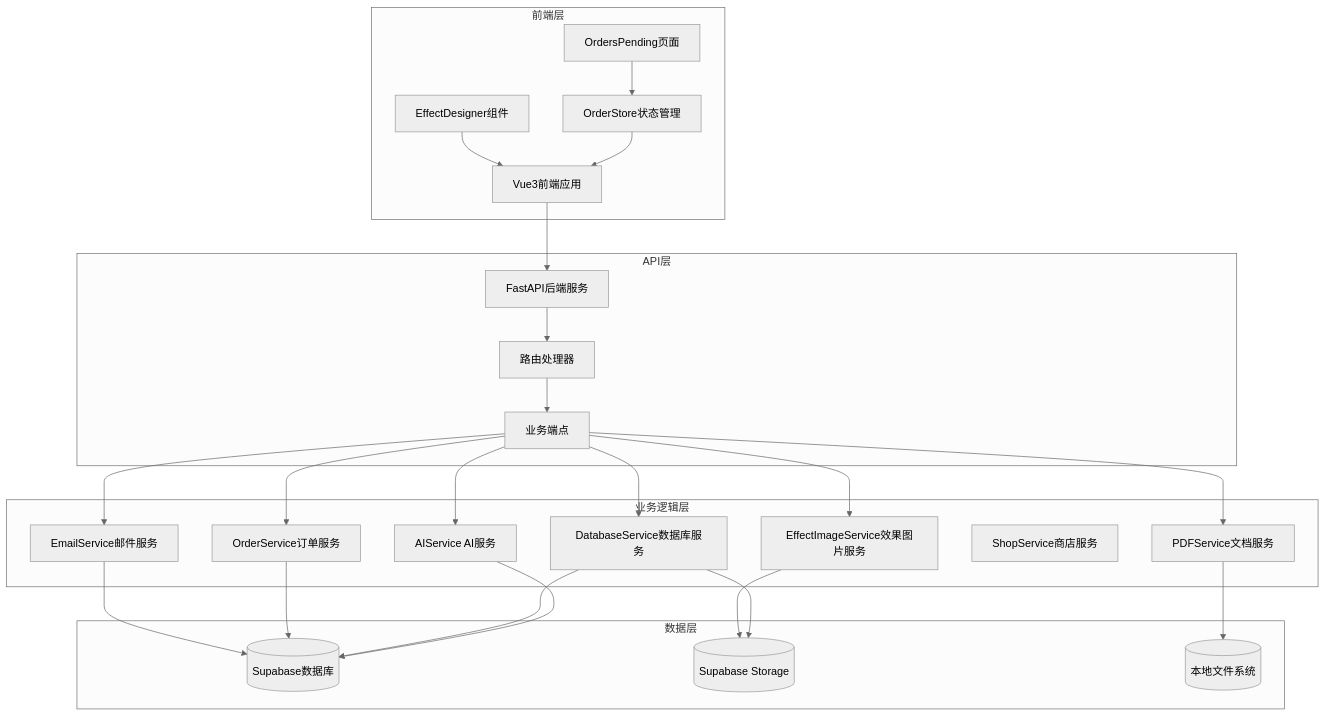
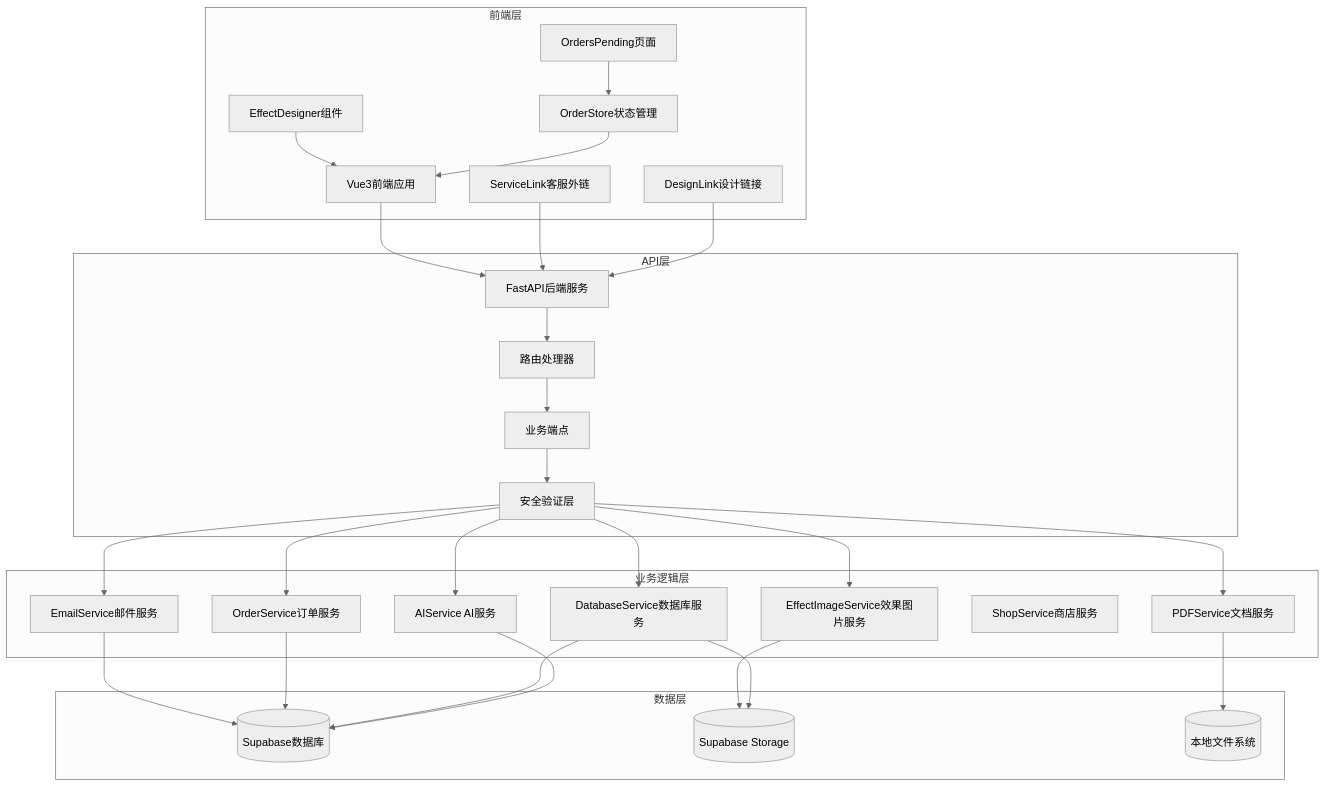
The first of 27 diagrams in .qoder/repowiki/zh/content/开发指南/订单处理工作流增强.md (SY6621/POD-Order-Management), drawn with Mermaid (neutral theme) before and after one commit. The commit also changed other lines of this file and 8 other files, not shown here.

````diff
--- a/.qoder/repowiki/zh/content/开发指南/订单处理工作流增强.md
+++ b/.qoder/repowiki/zh/content/开发指南/订单处理工作流增强.md
@@ -69,47 +80,53 @@
 ```mermaid
 graph TB
 subgraph "前端层"
 FE[Vue3前端应用]
 ED[EffectDesigner组件]
 OS[OrderStore状态管理]
 OP[OrdersPending页面]
+SL[ServiceLink客服外链]
+DL[DesignLink设计链接]
 end
 subgraph "API层"
 API[FastAPI后端服务]
 ROUTES[路由处理器]
 ENDPOINTS[业务端点]
+SECURITY[安全验证层]
 end
 subgraph "业务逻辑层"
 ES[EmailService邮件服务]
 ODS[OrderService订单服务]
 EIS[EffectImageService效果图片服务]
 PDF[PDFService文档服务]
 DS[DatabaseService数据库服务]
 SHOPS[ShopService商店服务]
 AI[AIService AI服务]
 end
 subgraph "数据层"
 DB[(Supabase数据库)]
 STORAGE[(Supabase Storage)]
 FS[(本地文件系统)]
 end
 FE --> API
 ED --> FE
 OS --> FE
 OP --> OS
+SL --> API
+DL --> API
 API --> ROUTES
 ROUTES --> ENDPOINTS
-ENDPOINTS --> ES
-ENDPOINTS --> ODS
-ENDPOINTS --> EIS
-ENDPOINTS --> PDF
-ENDPOINTS --> DS
-ENDPOINTS --> AI
+ENDPOINTS --> SECURITY
+SECURITY --> ES
+SECURITY --> ODS
+SECURITY --> EIS
+SECURITY --> PDF
+SECURITY --> DS
+SECURITY --> AI
 ES --> DB
 ODS --> DB
 EIS --> STORAGE
 PDF --> FS
 DS --> DB
 DS --> STORAGE
 AI --> DB
 ```
````
